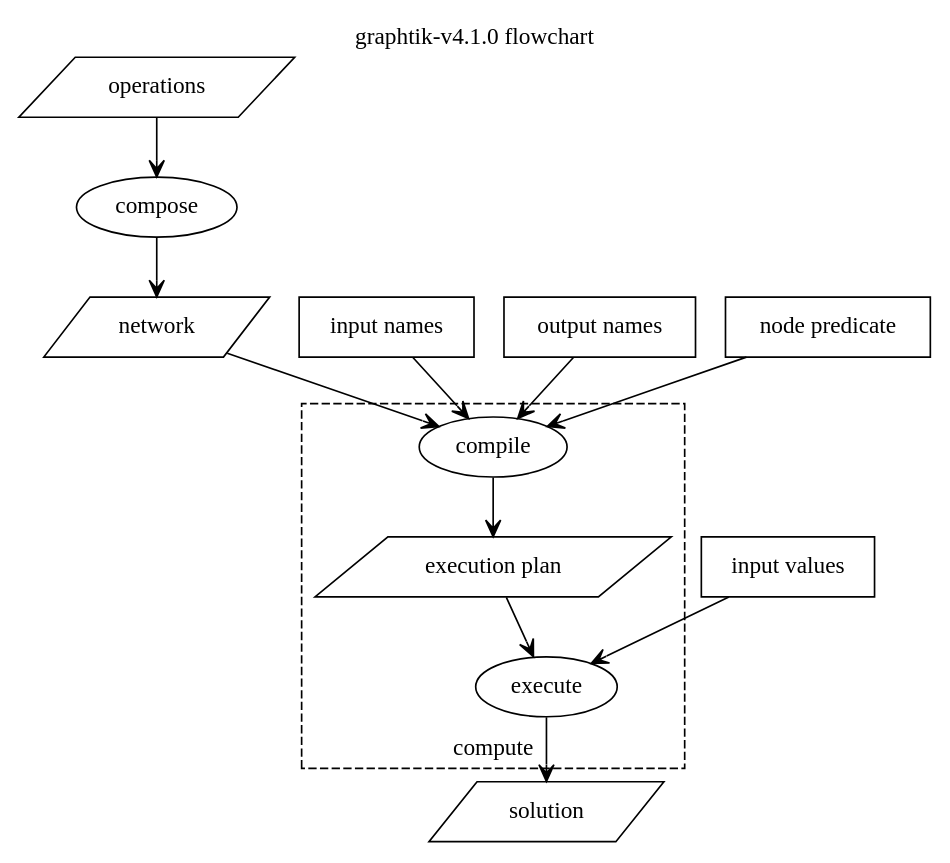
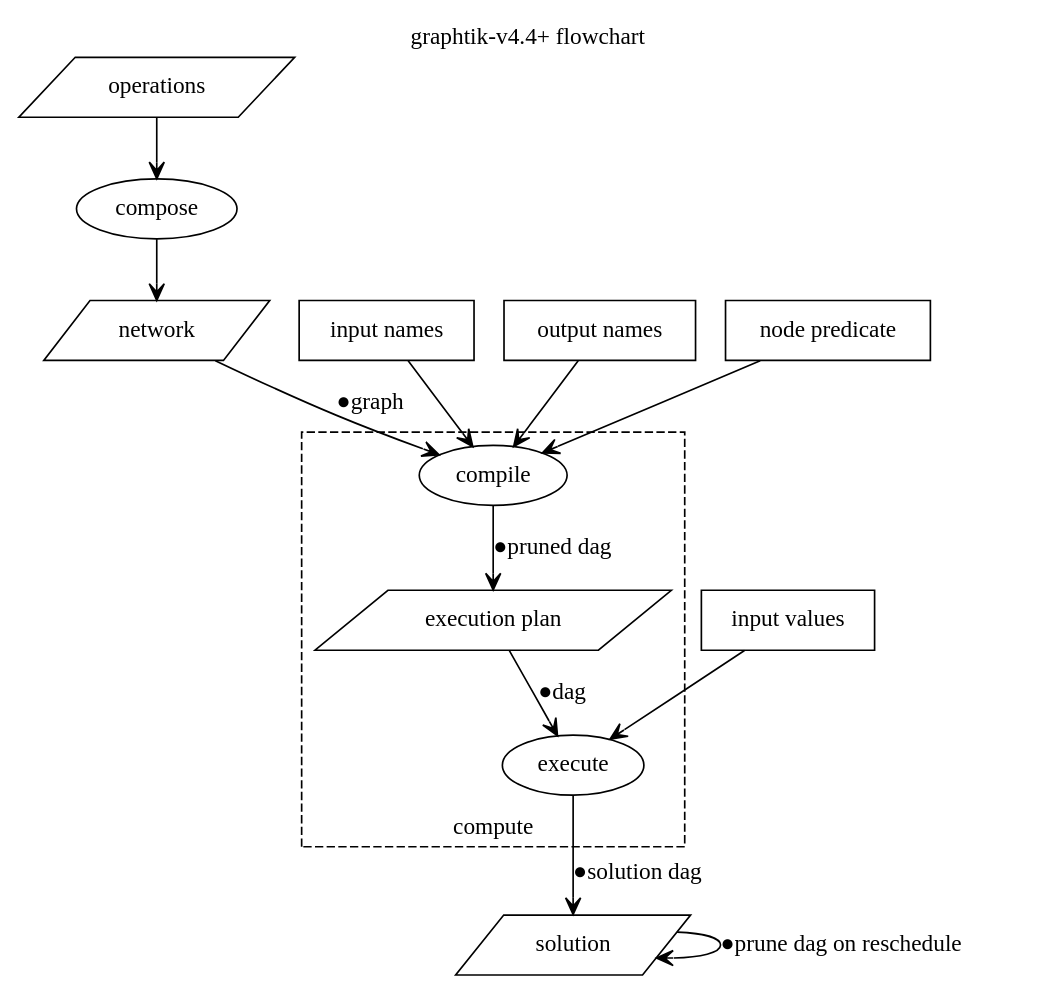
The diagram in docs/GraphtikFlowchart.dot (wgmo/graphtik), drawn with Graphviz before and after one commit. The commit also changed 3 other files, not shown here.

Commit message:
DOC(ARCH): add some graph-flow in software FlowChart

```diff
--- a/docs/GraphtikFlowchart.dot
+++ b/docs/GraphtikFlowchart.dot
@@ -1,44 +1,63 @@
 # Render it manually with this command, and remember to update result in git:
 #
 #   dot docs/GraphtikFlowchart.dot -Tsvg -odocs/source/images/GraphtikFlowchart-vX.Y.Z.svg
 #
 digraph {
-    label="graphtik-v4.1.0 flowchart";
+    label="graphtik-v4.4+ flowchart";
     labelloc=t;
 
     operations  [shape=parallelogram fontname="italic" tooltip=class
                  URL="arch.html#term-operation"];
     compose     [fontname="italic" tooltip=phase
                  URL="arch.html#term-composition"];
     network     [shape=parallelogram fontname="italic" tooltip=class
                  URL="arch.html#term-network"];
     inputs      [shape=rect label="input names" tooltip=mappings
                  URL="arch.html#term-inputs"];
     outputs     [shape=rect label="output names" tooltip=mappings
                  URL="arch.html#term-outputs"];
     predicate   [shape=rect label="node predicate" tooltip=function
                  URL="arch.html#term-node-predicate"];
     subgraph cluster_compute {
         label=compute
         fontname=bold
         style=dashed
         labelloc=b
         tooltip="process, NetOp's method"
         URL="arch.html#term-compute"
 
         compile     [fontname="italic" tooltip="phase, Network's method"
                      URL="arch.html#term-compilation"];
         plan        [shape=parallelogram label="execution plan" fontname="italic" tooltip=class
                      URL="arch.html#term-execution-plan"];
         execute     [fontname=italic fontname="italic" tooltip="phase, Plan's method"
                      URL="arch.html#term-execution"];
     }
     values      [shape=rect label="input values" tooltip=mappings
                  URL="arch.html#term-inputs"];
     solution    [shape=parallelogram tooltip=class
                  URL="arch.html#term-solution"];
 
     operations -> compose -> network    [arrowhead=vee];
-    {network inputs outputs predicate} -> compile -> plan  [arrowhead=vee];
-    {plan values} -> execute -> solution [arrowhead=vee];
+    network -> compile [arrowhead=vee
+                        label=<&#9679;graph>
+                        tooltip="operations linked by the dependencies"
+                        URL="arch.html#term-graph"];
+    {inputs outputs predicate} -> compile [arrowhead=vee];
+    compile -> plan    [arrowhead=vee
+                        label=<&#9679;pruned dag>
+                        tooltip="graph pruned by inputs & outputs"
+                        URL="arch.html#term-prune"];
+    plan -> execute    [arrowhead=vee
+                        label=<&#9679;dag>
+                        tooltip="plan's dag"
+                        URL="arch.html#term-dag"];
+    values -> execute [arrowhead=vee];
+    execute -> solution    [arrowhead=vee
+                            tooltip="dag clone to modify while executing"
+                            label=<&#9679;solution dag> URL="arch.html#term-solution-dag"];
+    solution -> solution   [arrowhead=vee
+                            label=<&#9679;prune dag on reschedule>
+                            tooltip="prune when endured operations fail or partial outputs"
+                            URL="arch.html#term-reschedule"];
 }
```
